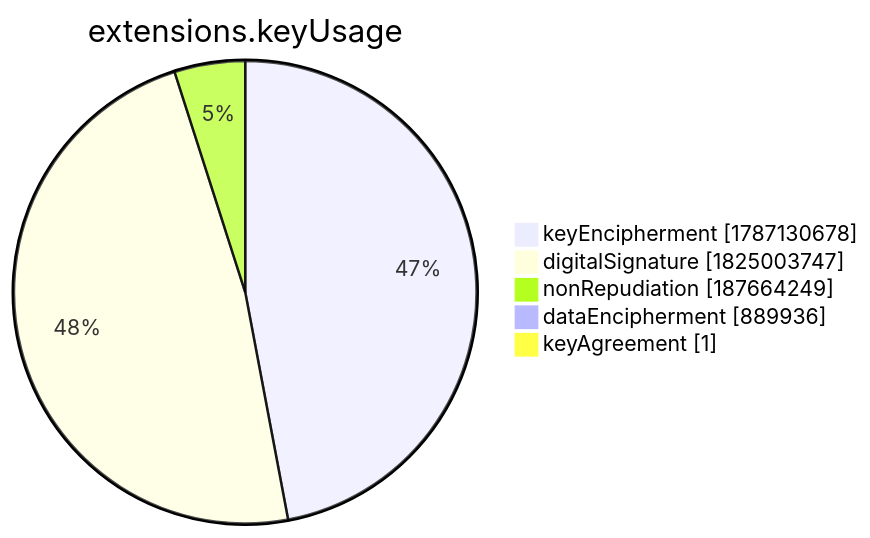
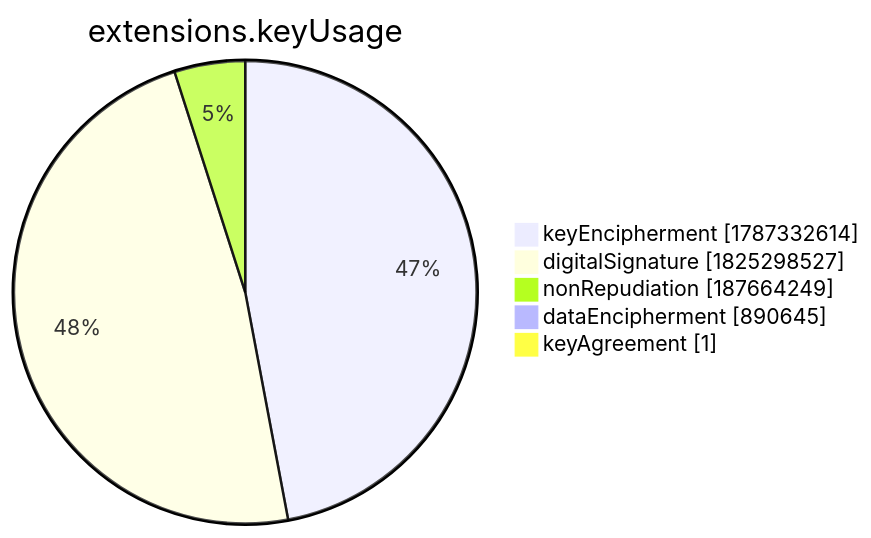
One commit to christiankrug/ctmonitor_visualization changed the seventh of 15 diagrams in xenon2022/README.md. Above: the diagram before and after it, drawn with Mermaid. The commit also changed other lines of this file, not shown here.

````diff
--- a/xenon2022/README.md
+++ b/xenon2022/README.md
@@ -2859,9 +2859,9 @@
 ```mermaid
 pie showData
 title extensions.keyUsage
-"keyEncipherment" :1787130678
-"digitalSignature" :1825003747
+"keyEncipherment" :1787332614
+"digitalSignature" :1825298527
 "nonRepudiation" :187664249
-"dataEncipherment" :889936
+"dataEncipherment" :890645
 "keyAgreement" :1
 ```
````
